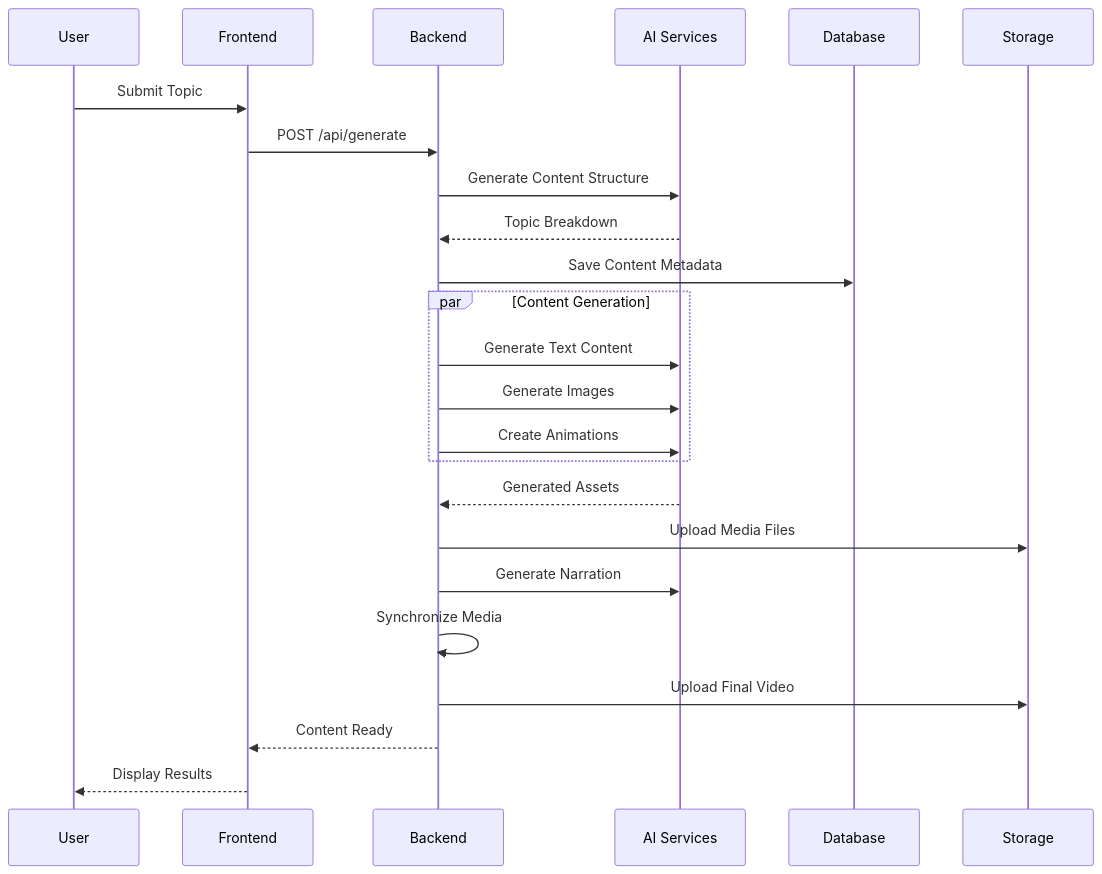
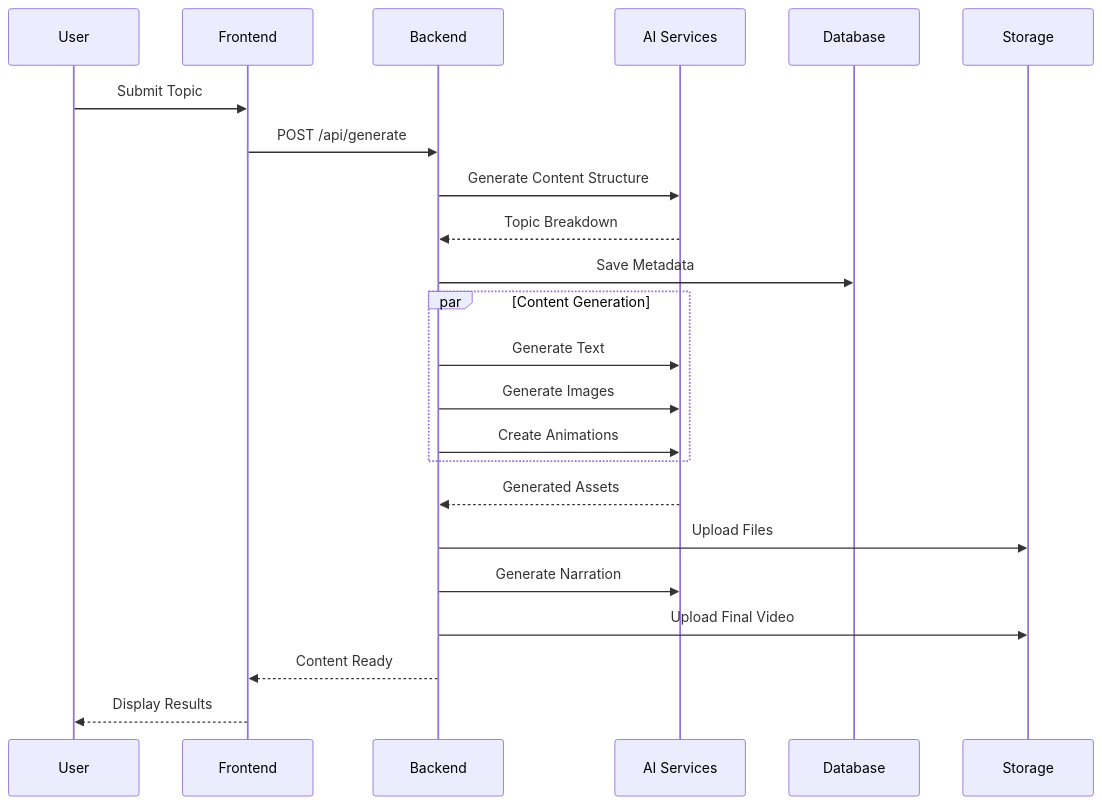
The second of 2 diagrams in README.md (varunaditya27/EduSynth), drawn with Mermaid before and after one commit. The commit also changed other lines of this file, not shown here.

````diff
--- a/README.md
+++ b/README.md
@@ -247,29 +192,28 @@
 ```mermaid
 sequenceDiagram
     participant U as User
     participant F as Frontend
     participant B as Backend
     participant AI as AI Services
     participant DB as Database
     participant S as Storage
-    
+
     U->>F: Submit Topic
     F->>B: POST /api/generate
     B->>AI: Generate Content Structure
     AI-->>B: Topic Breakdown
-    B->>DB: Save Content Metadata
-    
+    B->>DB: Save Metadata
+
     par Content Generation
-        B->>AI: Generate Text Content
+        B->>AI: Generate Text
         B->>AI: Generate Images
         B->>AI: Create Animations
     end
-    
+
     AI-->>B: Generated Assets
-    B->>S: Upload Media Files
+    B->>S: Upload Files
     B->>AI: Generate Narration
-    B->>B: Synchronize Media
     B->>S: Upload Final Video
     B-->>F: Content Ready
     F-->>U: Display Results
 ```
````
